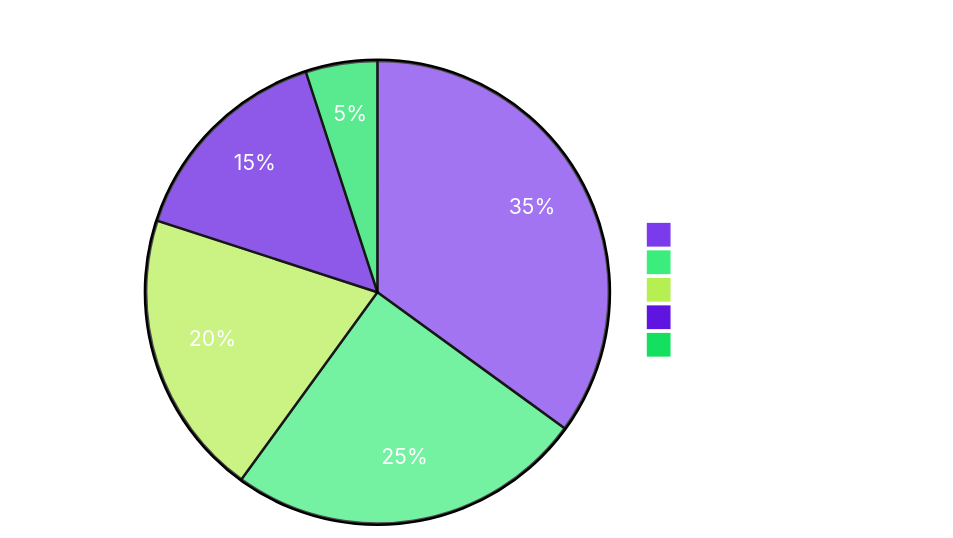
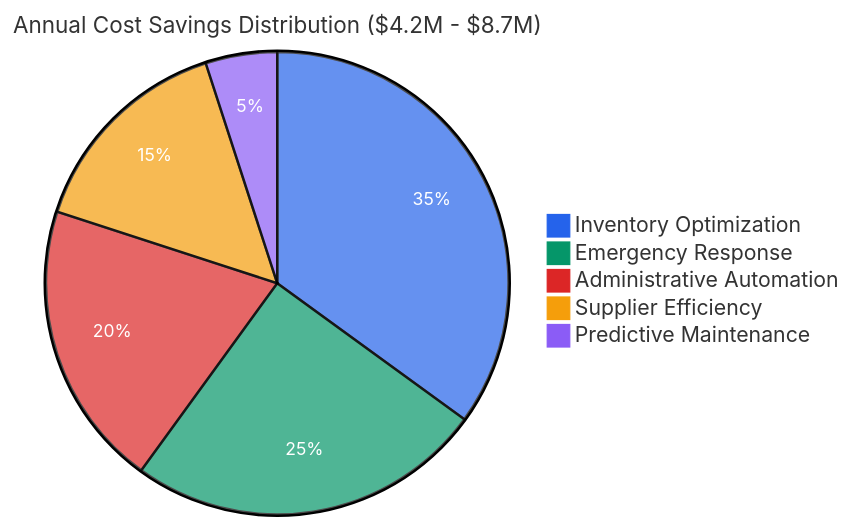
The fourth of 15 diagrams in README.md (abhijit-ubale/JBL_stuff), drawn with Mermaid before and after one commit. The commit also changed other lines of this file, not shown here.

````diff
--- a/README.md
+++ b/README.md
@@ -168,19 +187,24 @@
 ```mermaid
 %%{init: {
   'theme': 'base',
   'themeVariables': {
-    'primaryColor': '#7C3AED',
-    'primaryTextColor': '#FFFFFF',
-    'primaryBorderColor': '#6D28D9',
+    'pie1': '#2563EB',
+    'pie2': '#059669', 
+    'pie3': '#DC2626',
+    'pie4': '#F59E0B',
+    'pie5': '#8B5CF6',
+    'pieOuterStrokeWidth': '2px',
+    'pieSectionTextColor': '#FFFFFF',
+    'pieTitleTextSize': '18px',
+    'pieSectionTextSize': '14px',
     'background': '#FFFFFF',
-    'mainBkg': '#FAF5FF',
-    'fontFamily': 'Inter, Arial, sans-serif'
+    'fontFamily': 'Inter, system-ui, sans-serif'
   }
 }}%%
-pie title Annual Cost Savings Breakdown ($4.2M - $8.7M)
+pie title Annual Cost Savings Distribution ($4.2M - $8.7M)
     "Inventory Optimization" : 35
     "Emergency Response" : 25
     "Administrative Automation" : 20
     "Supplier Efficiency" : 15
     "Predictive Maintenance" : 5
 ```
````
